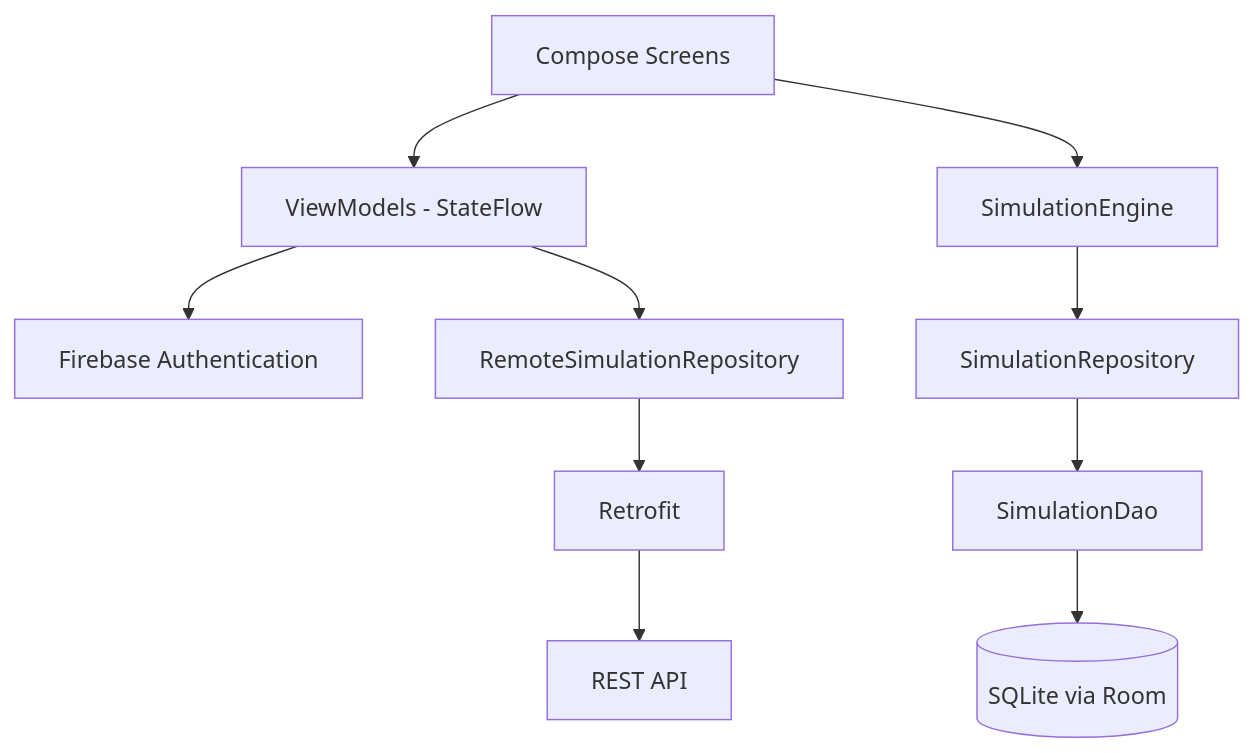
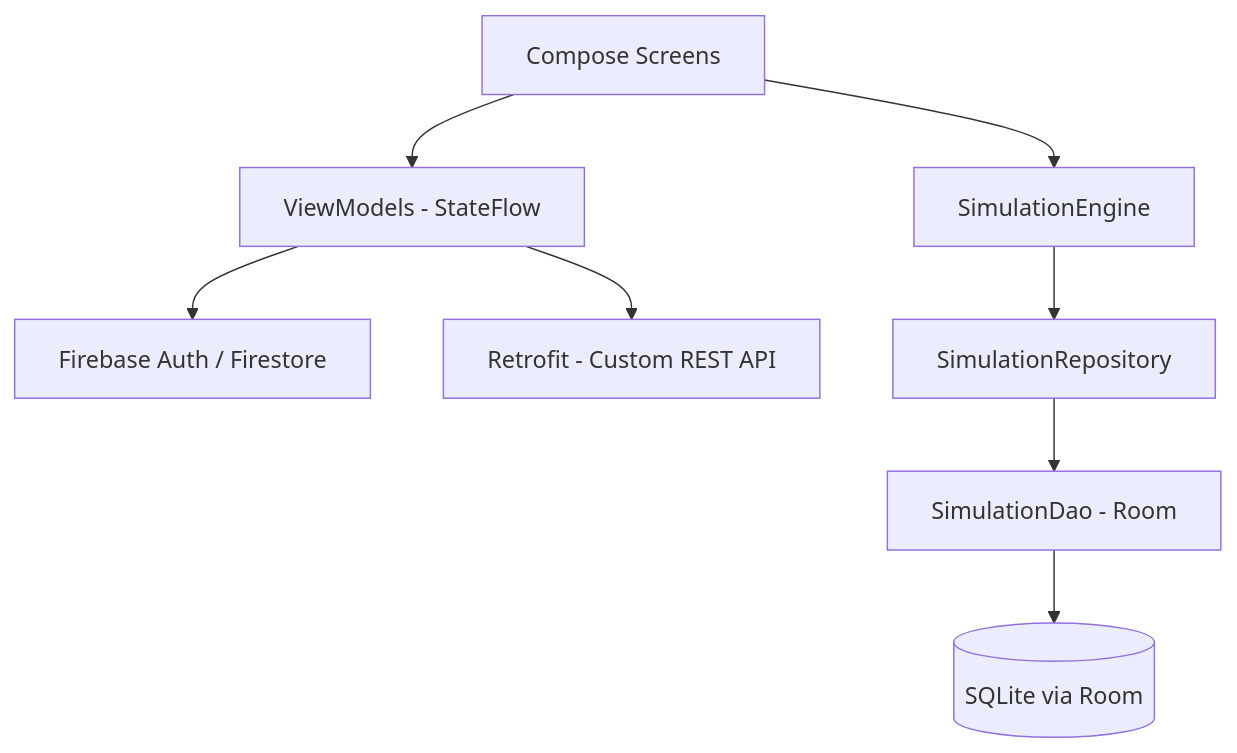
The second of 3 diagrams in README.md (SiddiqMalik/WhatIf-Portfolio-Simulator-Group), drawn with Mermaid before and after one commit. The commit also changed other lines of this file, not shown here.

````diff
--- a/README.md
+++ b/README.md
@@ -59,12 +50,10 @@
 ```mermaid
 flowchart TD
     UI[Compose Screens] --> VM[ViewModels - StateFlow]
-    VM --> AUTH[Firebase Authentication]
-    VM --> REMOTE[RemoteSimulationRepository]
-    REMOTE --> RETRO[Retrofit]
-    RETRO --> API[REST API]
+    VM --> FB[Firebase Auth / Firestore]
+    VM --> RET[Retrofit - Custom REST API]
     UI --> ENG[SimulationEngine]
     ENG --> REPO[SimulationRepository]
-    REPO --> DAO[SimulationDao]
+    REPO --> DAO[SimulationDao - Room]
     DAO --> DB[(SQLite via Room)]
 ```
````
